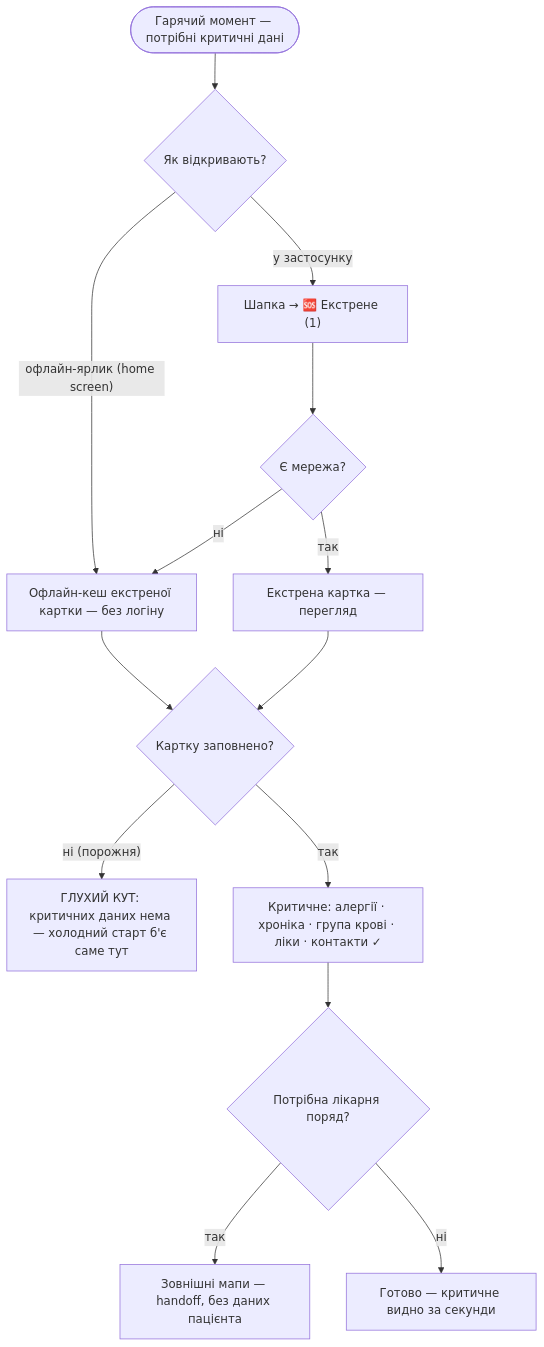
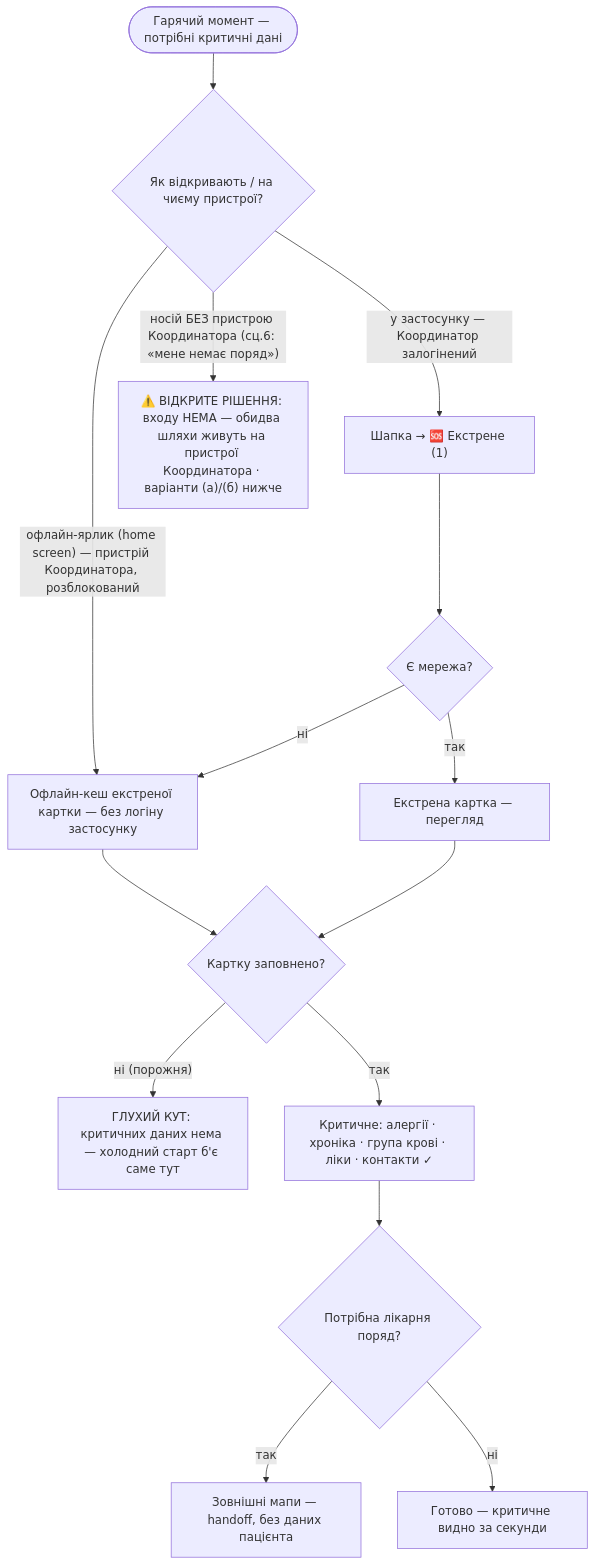
Before and after one commit to DShkiaruk/Kartka: the third of 3 diagrams in flows.md, drawn with Mermaid. The commit also changed other lines of this file and 3 other files, not shown here.

First line of the commit message:
flows/sitemap: fix R1 photo-loss dead-end, flag R5 secondary as open decision, log IA-debt

````diff
--- a/flows.md
+++ b/flows.md
@@ -113,19 +121,20 @@
 ```mermaid
 flowchart TD
-  trigger(["Гарячий момент — потрібні критичні дані"]) --> entry{"Як відкривають?"}
-  entry -->|"офлайн-ярлик (home screen)"| offcache["Офлайн-кеш екстреної картки — без логіну"]
-  entry -->|у застосунку| header["Шапка → 🆘 Екстрене (1)"]
+  trigger(["Гарячий момент — потрібні критичні дані"]) --> entry{"Як відкривають / на чиєму пристрої?"}
+  entry -->|"офлайн-ярлик (home screen) — пристрій Координатора, розблокований"| offcache["Офлайн-кеш екстреної картки — без логіну застосунку"]
+  entry -->|"у застосунку — Координатор залогінений"| header["Шапка → 🆘 Екстрене (1)"]
+  entry -->|"носій БЕЗ пристрою Координатора (сц.6: «мене немає поряд»)"| nodev["⚠️ ВІДКРИТЕ РІШЕННЯ: входу НЕМА — обидва шляхи живуть на пристрої Координатора · варіанти (а)/(б) нижче"]
 
   header --> net{"Є мережа?"}
   net -->|ні| offcache
   net -->|так| online["Екстрена картка — перегляд"]
 
   offcache --> card
   online --> card{"Картку заповнено?"}
   card -->|"ні (порожня)"| deadempty["ГЛУХИЙ КУТ: критичних даних нема — холодний старт б'є саме тут"]
   card -->|так| show["Критичне: алергії · хроніка · група крові · ліки · контакти ✓"]
 
   show --> hosp{"Потрібна лікарня поряд?"}
   hosp -->|так| maps["Зовнішні мапи — handoff, без даних пацієнта"]
   hosp -->|ні| done["Готово — критичне видно за секунди"]
 ```
````
